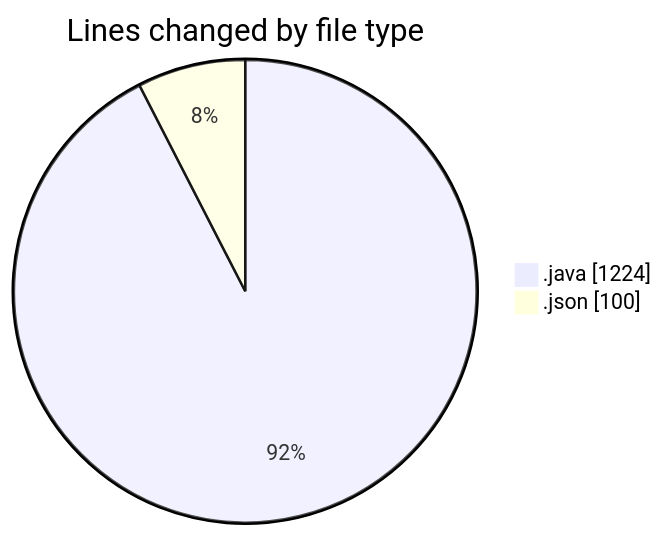
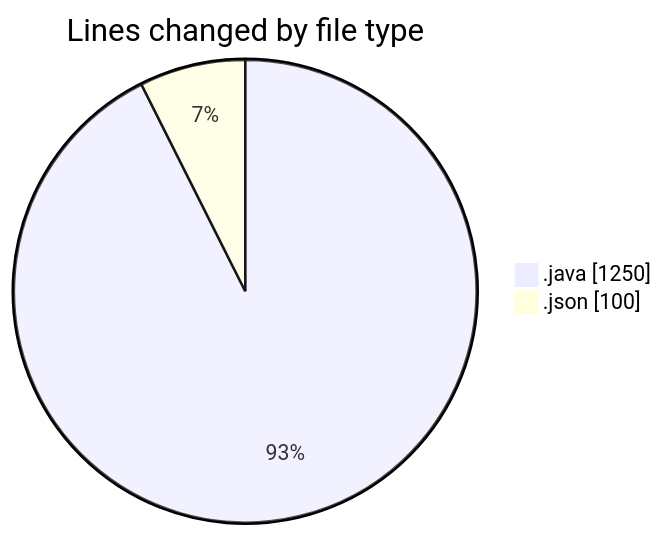
One commit to ricardozamudiocil/code-tracking changed the first of 2 diagrams in 2026-05-12/cilapp/README.md. Above: the diagram before and after it, drawn with Mermaid. The commit also changed other lines of this file and 1 other file, not shown here.

````diff
--- a/2026-05-12/cilapp/README.md
+++ b/2026-05-12/cilapp/README.md
@@ -27,6 +27,6 @@
 ```mermaid
 pie showData
 title Lines changed by file type
-".java" : 1224
+".java" : 1250
 ".json" : 100
 ```
````
